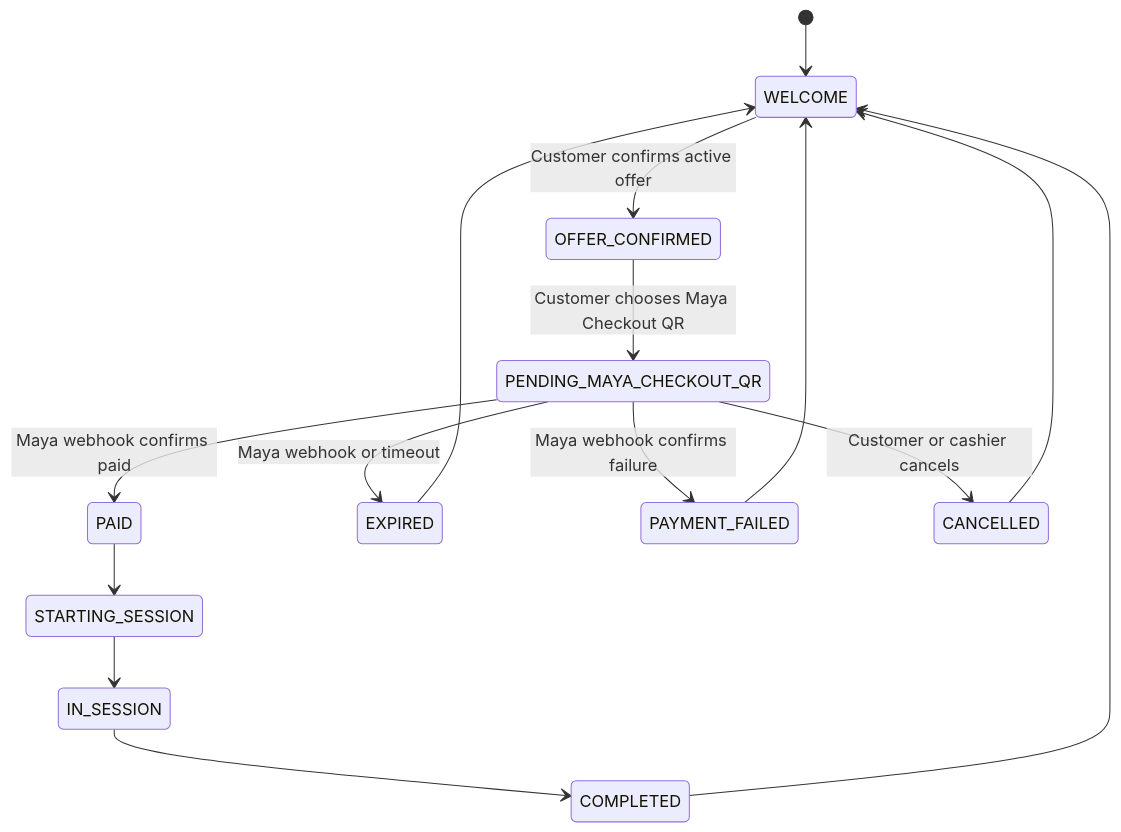
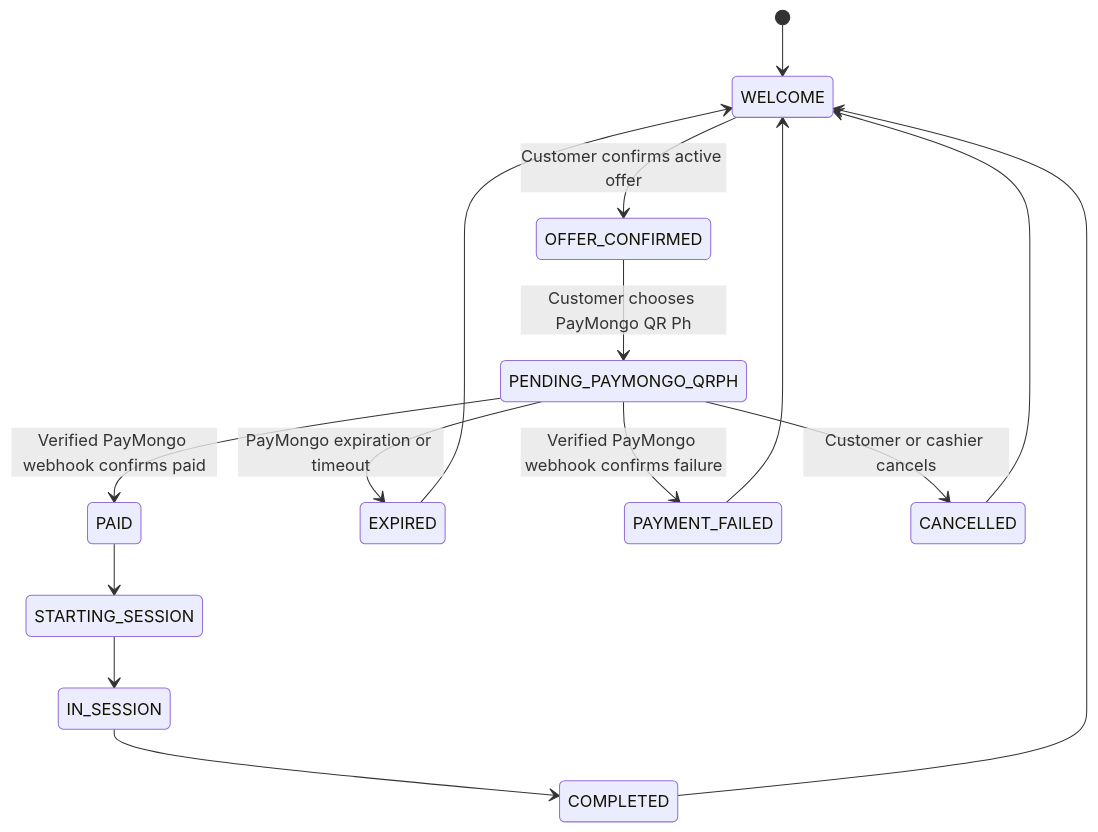
The sixth of 9 diagrams in docs/ARCHITECTURE.md (quinjan/PhotoBIZ), drawn with Mermaid before and after one commit. The commit also changed other lines of this file and 76 other files, not shown here.

````diff
--- a/docs/ARCHITECTURE.md
+++ b/docs/ARCHITECTURE.md
@@ -298,17 +298,17 @@
 ```mermaid
 stateDiagram-v2
   [*] --> WELCOME
   WELCOME --> OFFER_CONFIRMED: Customer confirms active offer
-  OFFER_CONFIRMED --> PENDING_MAYA_CHECKOUT_QR: Customer chooses Maya Checkout QR
-  PENDING_MAYA_CHECKOUT_QR --> PAID: Maya webhook confirms paid
-  PENDING_MAYA_CHECKOUT_QR --> EXPIRED: Maya webhook or timeout
-  PENDING_MAYA_CHECKOUT_QR --> PAYMENT_FAILED: Maya webhook confirms failure
-  PENDING_MAYA_CHECKOUT_QR --> CANCELLED: Customer or cashier cancels
+  OFFER_CONFIRMED --> PENDING_PAYMONGO_QRPH: Customer chooses PayMongo QR Ph
+  PENDING_PAYMONGO_QRPH --> PAID: Verified PayMongo webhook confirms paid
+  PENDING_PAYMONGO_QRPH --> EXPIRED: PayMongo expiration or timeout
+  PENDING_PAYMONGO_QRPH --> PAYMENT_FAILED: Verified PayMongo webhook confirms failure
+  PENDING_PAYMONGO_QRPH --> CANCELLED: Customer or cashier cancels
   PAID --> STARTING_SESSION
   STARTING_SESSION --> IN_SESSION
   IN_SESSION --> COMPLETED
   COMPLETED --> WELCOME
   EXPIRED --> WELCOME
   PAYMENT_FAILED --> WELCOME
   CANCELLED --> WELCOME
 ```
````
